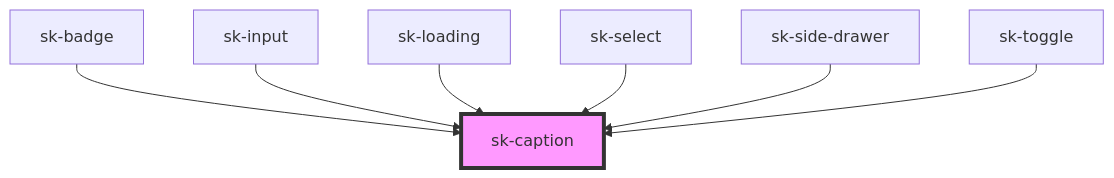
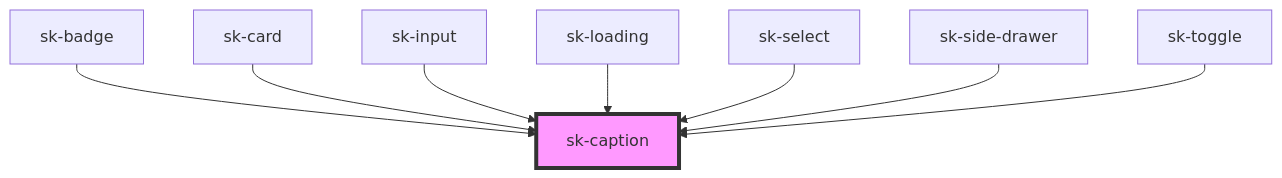
One commit to shincke/sk-toolkit changed the diagram in web-components-stencil/src/components/sk-caption/readme.md. Above: the diagram before and after it, drawn with Mermaid. The commit also changed other lines of this file and 16 other files, not shown here.

````diff
--- a/web-components-stencil/src/components/sk-caption/readme.md
+++ b/web-components-stencil/src/components/sk-caption/readme.md
@@ -27,10 +28,11 @@
 ```mermaid
 graph TD;
   sk-badge --> sk-caption
+  sk-card --> sk-caption
   sk-input --> sk-caption
   sk-loading --> sk-caption
   sk-select --> sk-caption
   sk-side-drawer --> sk-caption
   sk-toggle --> sk-caption
   style sk-caption fill:#f9f,stroke:#333,stroke-width:4px
 ```
````
